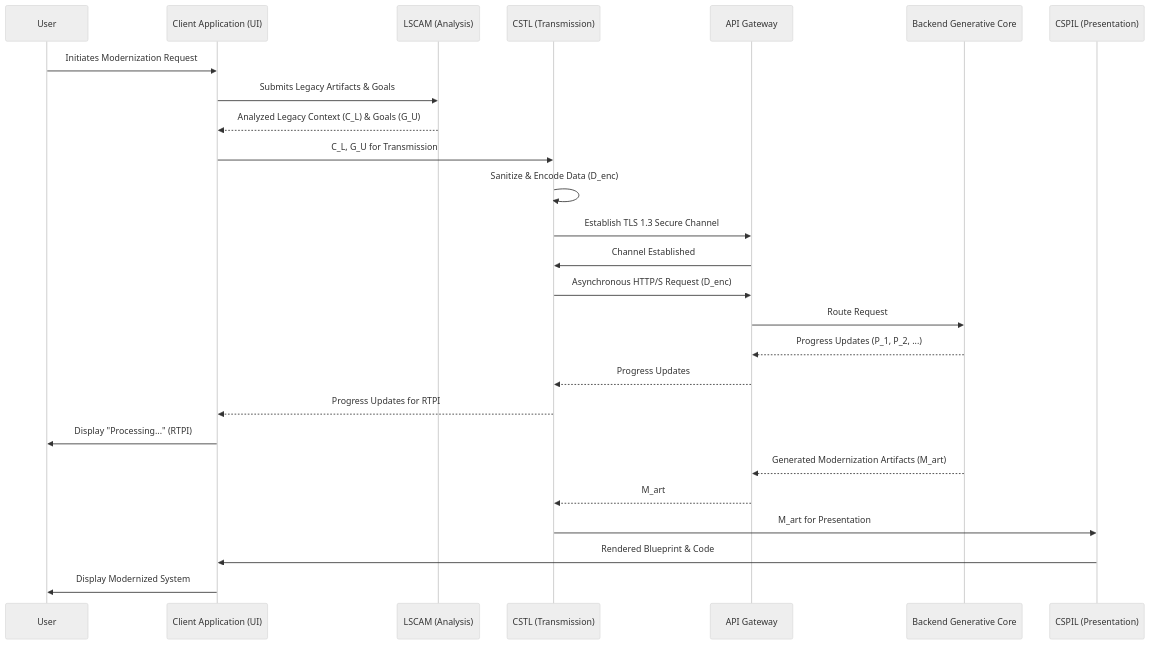
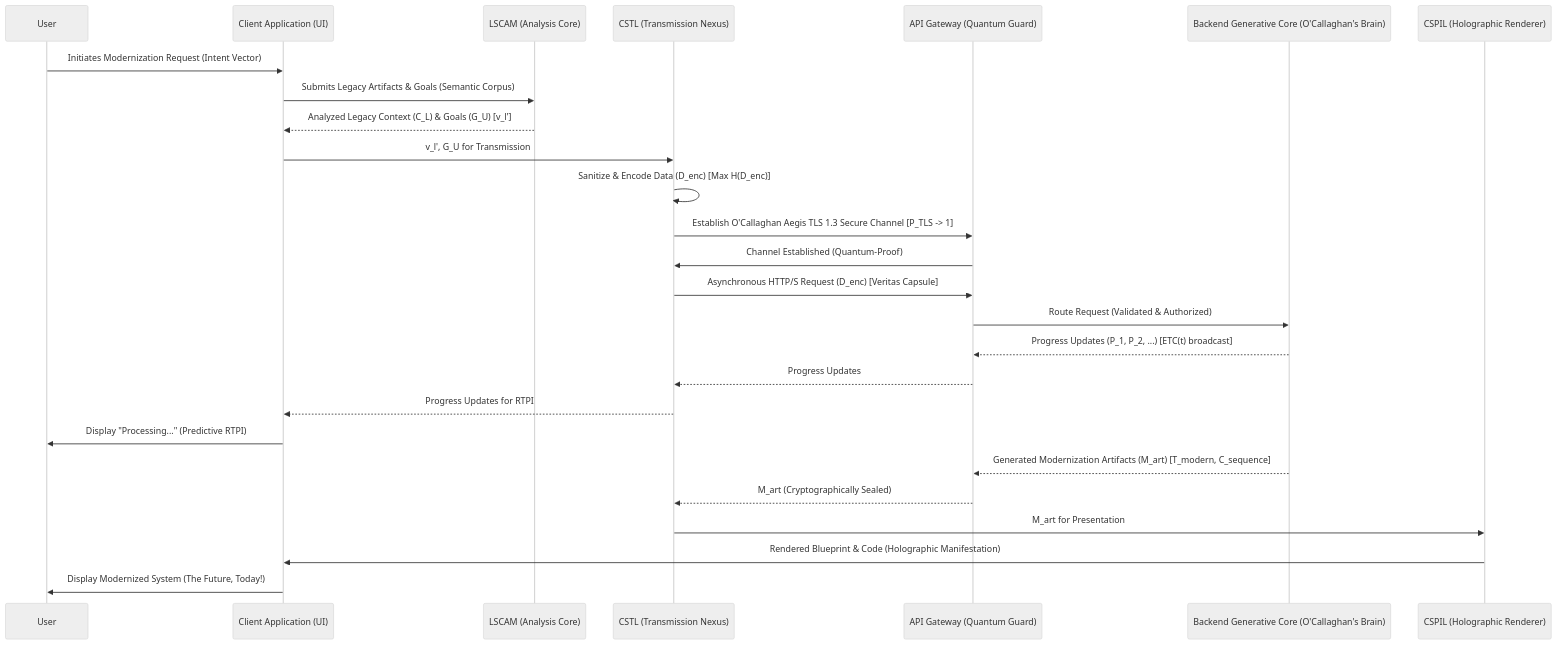
One commit to diplomat-bit/Citibank_Demo_Business_Inc_Demonstration- changed the second of 11 diagrams in inventions/inventions/inventions/inventions/ai_driven_software_architecture_generation/legacy_system_modernization.md. Above: the diagram before and after it, drawn with Mermaid (neutral theme). The commit also changed other lines of this file, not shown here.

```diff
--- a/inventions/inventions/inventions/inventions/ai_driven_software_architecture_generation/legacy_system_modernization.md
+++ b/inventions/inventions/inventions/inventions/ai_driven_software_architecture_generation/legacy_system_modernization.md
@@ -104,29 +103,29 @@
     <pre class="mermaid">
 sequenceDiagram
     participant User
     participant Client_UI as Client Application (UI)
-    participant LSCAM as LSCAM (Analysis)
-    participant CSTL as CSTL (Transmission)
-    participant API_Gateway as API Gateway
-    participant BGMC as Backend Generative Core
-    participant CSPIL as CSPIL (Presentation)
+    participant LSCAM as LSCAM (Analysis Core)
+    participant CSTL as CSTL (Transmission Nexus)
+    participant API_Gateway as API Gateway (Quantum Guard)
+    participant BGMC as Backend Generative Core (O'Callaghan's Brain)
+    participant CSPIL as CSPIL (Holographic Renderer)
 
-    User->>Client_UI: Initiates Modernization Request
-    Client_UI->>LSCAM: Submits Legacy Artifacts & Goals
-    LSCAM-->>Client_UI: Analyzed Legacy Context (C_L) & Goals (G_U)
-    Client_UI->>CSTL: C_L, G_U for Transmission
-    CSTL->>CSTL: Sanitize & Encode Data (D_enc)
-    CSTL->>API_Gateway: Establish TLS 1.3 Secure Channel
-    API_Gateway->>CSTL: Channel Established
-    CSTL->>API_Gateway: Asynchronous HTTP/S Request (D_enc)
-    API_Gateway->>BGMC: Route Request
-    BGMC-->>API_Gateway: Progress Updates (P_1, P_2, ...)
+    User->>Client_UI: Initiates Modernization Request (Intent Vector)
+    Client_UI->>LSCAM: Submits Legacy Artifacts & Goals (Semantic Corpus)
+    LSCAM-->>Client_UI: Analyzed Legacy Context (C_L) & Goals (G_U) [v_l']
+    Client_UI->>CSTL: v_l', G_U for Transmission
+    CSTL->>CSTL: Sanitize & Encode Data (D_enc) [Max H(D_enc)]
+    CSTL->>API_Gateway: Establish O'Callaghan Aegis TLS 1.3 Secure Channel [P_TLS -> 1]
+    API_Gateway->>CSTL: Channel Established (Quantum-Proof)
+    CSTL->>API_Gateway: Asynchronous HTTP/S Request (D_enc) [Veritas Capsule]
+    API_Gateway->>BGMC: Route Request (Validated & Authorized)
+    BGMC-->>API_Gateway: Progress Updates (P_1, P_2, ...) [ETC(t) broadcast]
     API_Gateway-->>CSTL: Progress Updates
     CSTL-->>Client_UI: Progress Updates for RTPI
-    Client_UI->>User: Display "Processing..." (RTPI)
-    BGMC-->>API_Gateway: Generated Modernization Artifacts (M_art)
-    API_Gateway-->>CSTL: M_art
+    Client_UI->>User: Display "Processing..." (Predictive RTPI)
+    BGMC-->>API_Gateway: Generated Modernization Artifacts (M_art) [T_modern, C_sequence]
+    API_Gateway-->>CSTL: M_art (Cryptographically Sealed)
     CSTL->>CSPIL: M_art for Presentation
-    CSPIL->>Client_UI: Rendered Blueprint & Code
-    Client_UI->>User: Display Modernized System
+    CSPIL->>Client_UI: Rendered Blueprint & Code (Holographic Manifestation)
+    Client_UI->>User: Display Modernized System (The Future, Today!)
     </pre>
```
